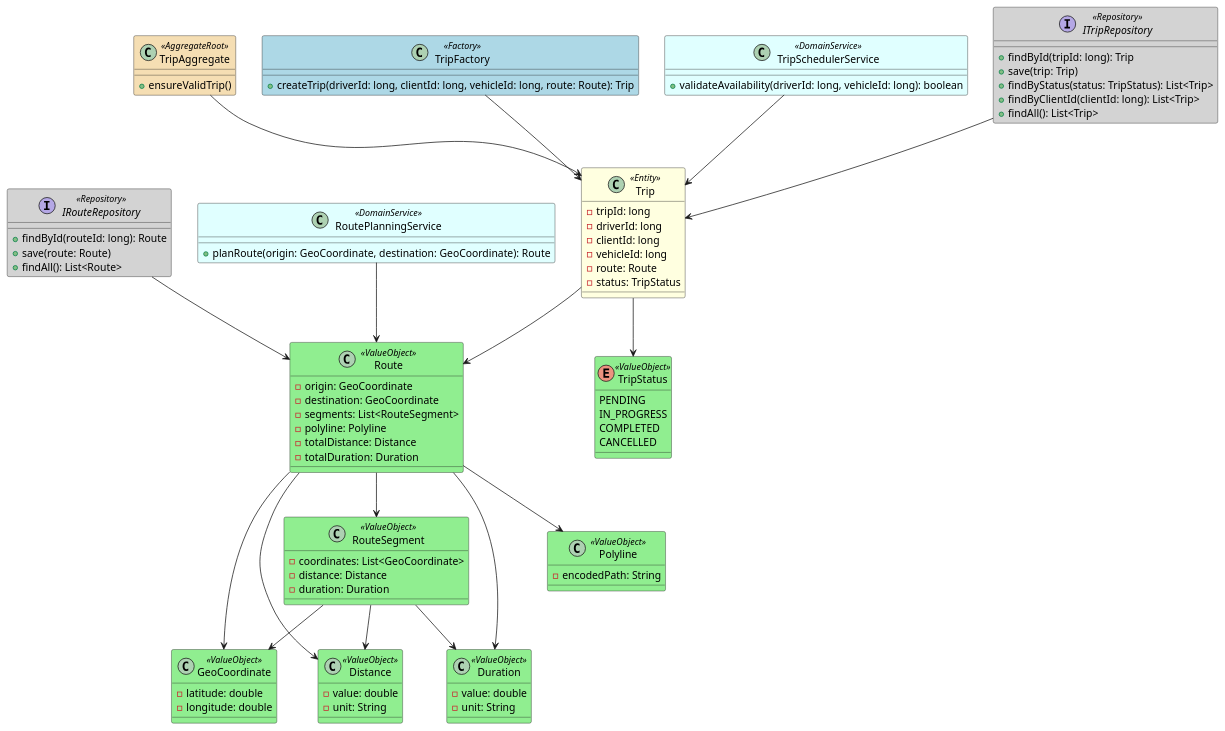
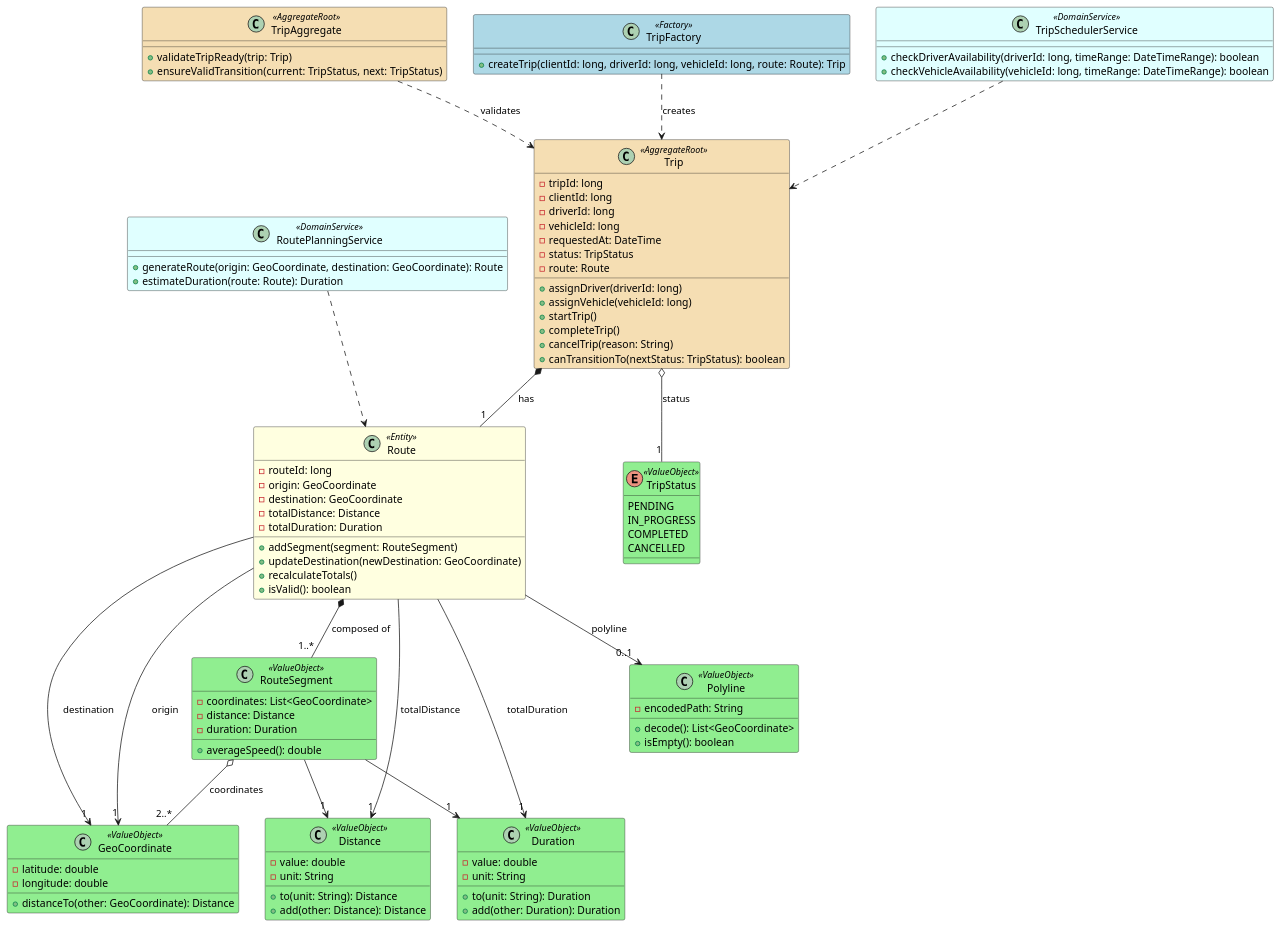
One commit to Los-Parkers-IoT/LosParkers-report changed the diagram in assets/UML/Trip-Management-Domain-Layer-Class-Diagram.puml. Above: the diagram before and after it, drawn with PlantUML.

Commit message:
refactor: update Trip and Route classes in domain layer diagram for clarity and consistency

```diff
--- a/assets/UML/Trip-Management-Domain-Layer-Class-Diagram.puml
+++ b/assets/UML/Trip-Management-Domain-Layer-Class-Diagram.puml
@@ -1,127 +1,140 @@
-@startuml
-' Estereotipos de colores
+@startuml Trip-Management-Domain-Layer-Class-Diagram
+' ========================
+' Stereotypes colors
+' ========================
 skinparam class {
     BackgroundColor<<Entity>> LightYellow
     BackgroundColor<<AggregateRoot>> Wheat
     BackgroundColor<<ValueObject>> LightGreen
     BackgroundColor<<Factory>> LightBlue
     BackgroundColor<<DomainService>> LightCyan
-    BackgroundColor<<Repository>> LightGray
 }
 
 ' ========================
-' Entities y Aggregate
+' Entities and Aggregate
 ' ========================
-class Trip <<Entity>> {
+class Trip <<AggregateRoot>> {
   - tripId: long
+  - clientId: long
   - driverId: long
-  - clientId: long
   - vehicleId: long
+  - requestedAt: DateTime
+  - status: TripStatus
   - route: Route
-  - status: TripStatus
+
+  + assignDriver(driverId: long)
+  + assignVehicle(vehicleId: long)
+  + startTrip()
+  + completeTrip()
+  + cancelTrip(reason: String)
+  + canTransitionTo(nextStatus: TripStatus): boolean
 }
 
 class TripAggregate <<AggregateRoot>> {
-  + ensureValidTrip()
+  + validateTripReady(trip: Trip)
+  + ensureValidTransition(current: TripStatus, next: TripStatus)
+}
+
+class Route <<Entity>> {
+  - routeId: long
+  - origin: GeoCoordinate
+  - destination: GeoCoordinate
+  - totalDistance: Distance
+  - totalDuration: Duration
+
+  + addSegment(segment: RouteSegment)
+  + updateDestination(newDestination: GeoCoordinate)
+  + recalculateTotals()
+  + isValid(): boolean
 }
 
 ' ========================
 ' Value Objects
 ' ========================
 class GeoCoordinate <<ValueObject>> {
   - latitude: double
   - longitude: double
+
+  + distanceTo(other: GeoCoordinate): Distance
 }
 
 class Polyline <<ValueObject>> {
   - encodedPath: String
+
+  + decode(): List<GeoCoordinate>
+  + isEmpty(): boolean
 }
 
 class RouteSegment <<ValueObject>> {
   - coordinates: List<GeoCoordinate>
   - distance: Distance
   - duration: Duration
-}
 
-class Route <<ValueObject>> {
-  - origin: GeoCoordinate
-  - destination: GeoCoordinate
-  - segments: List<RouteSegment>
-  - polyline: Polyline
-  - totalDistance: Distance
-  - totalDuration: Duration
+  + averageSpeed(): double
 }
 
 class Distance <<ValueObject>> {
   - value: double
   - unit: String
+
+  + to(unit: String): Distance
+  + add(other: Distance): Distance
 }
 
 class Duration <<ValueObject>> {
   - value: double
   - unit: String
+
+  + to(unit: String): Duration
+  + add(other: Duration): Duration
 }
 
 enum TripStatus <<ValueObject>> {
   PENDING
   IN_PROGRESS
   COMPLETED
   CANCELLED
 }
 
 ' ========================
-' Factories
+' Factory
 ' ========================
 class TripFactory <<Factory>> {
-  + createTrip(driverId: long, clientId: long, vehicleId: long, route: Route): Trip
+  + createTrip(clientId: long, driverId: long, vehicleId: long, route: Route): Trip
 }
 
 ' ========================
 ' Domain Services
 ' ========================
 class RoutePlanningService <<DomainService>> {
-  + planRoute(origin: GeoCoordinate, destination: GeoCoordinate): Route
+  + generateRoute(origin: GeoCoordinate, destination: GeoCoordinate): Route
+  + estimateDuration(route: Route): Duration
 }
 
 class TripSchedulerService <<DomainService>> {
-  + validateAvailability(driverId: long, vehicleId: long): boolean
+  + checkDriverAvailability(driverId: long, timeRange: DateTimeRange): boolean
+  + checkVehicleAvailability(vehicleId: long, timeRange: DateTimeRange): boolean
 }
 
 ' ========================
-' Repositories
+' Main Relationships
 ' ========================
-interface ITripRepository <<Repository>> {
-  + findById(tripId: long): Trip
-  + save(trip: Trip)
-  + findByStatus(status: TripStatus): List<Trip>
-  + findByClientId(clientId: long): List<Trip>
-  + findAll(): List<Trip>
-}
+Trip *-- "1" Route : has
+Trip o-- "1" TripStatus : status
 
-interface IRouteRepository <<Repository>> {
-  + findById(routeId: long): Route
-  + save(route: Route)
-  + findAll(): List<Route>
-}
+Route *-- "1..*" RouteSegment : composed of
+Route --> "1" GeoCoordinate : origin
+Route --> "1" GeoCoordinate : destination
+Route --> "0..1" Polyline : polyline
+Route --> "1" Distance : totalDistance
+Route --> "1" Duration : totalDuration
 
-' ========================
-' Relaciones principales
-' ========================
-TripAggregate --> Trip
-Trip --> Route
-Trip --> TripStatus
-Route --> RouteSegment
-Route --> GeoCoordinate
-RouteSegment --> GeoCoordinate
-RouteSegment --> Distance
-RouteSegment --> Duration
-Route --> Polyline
-Route --> Distance
-Route --> Duration
-TripFactory --> Trip
-RoutePlanningService --> Route
-TripSchedulerService --> Trip
-ITripRepository --> Trip
-IRouteRepository --> Route
+RouteSegment o-- "2..*" GeoCoordinate : coordinates
+RouteSegment --> "1" Distance
+RouteSegment --> "1" Duration
 
+TripFactory ..> Trip : creates
+TripAggregate ..> Trip : validates
+RoutePlanningService ..> Route
+TripSchedulerService ..> Trip
 @enduml
```
